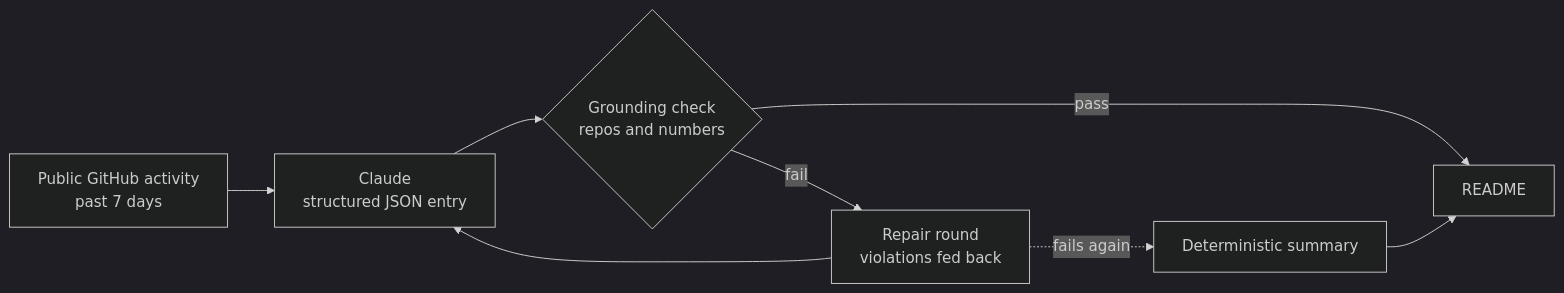
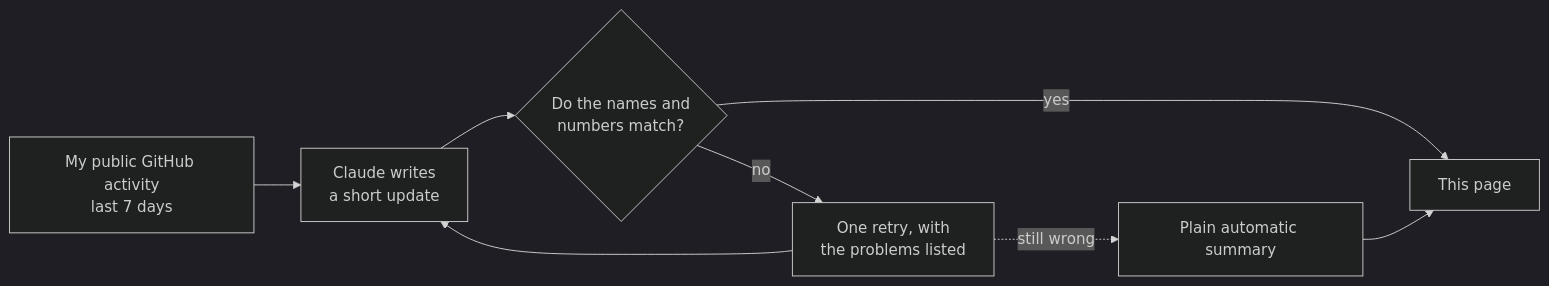
The diagram in README.md (msenthi7/msenthi7), drawn with Mermaid (dark theme) before and after one commit. The commit also changed other lines of this file and 11 other files, not shown here.

````diff
--- a/README.md
+++ b/README.md
@@ -195,10 +190,10 @@
 ```mermaid
 flowchart LR
-    A[Public GitHub activity<br/>past 7 days] --> B[Claude<br/>structured JSON entry]
-    B --> C{Grounding check<br/>repos and numbers}
-    C -- pass --> E[README]
-    C -- fail --> D[Repair round<br/>violations fed back]
+    A[My public GitHub activity<br/>last 7 days] --> B[Claude writes<br/>a short update]
+    B --> C{Do the names and<br/>numbers match?}
+    C -- yes --> E[This page]
+    C -- no --> D[One retry, with<br/>the problems listed]
     D --> B
-    D -. fails again .-> F[Deterministic summary]
+    D -. still wrong .-> F[Plain automatic summary]
     F --> E
 ```
````
